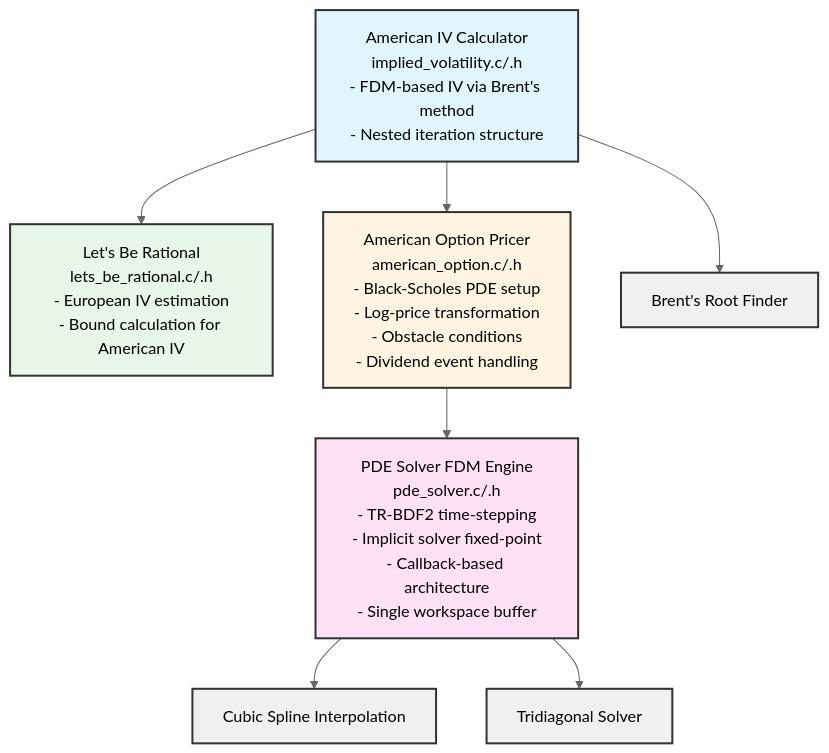
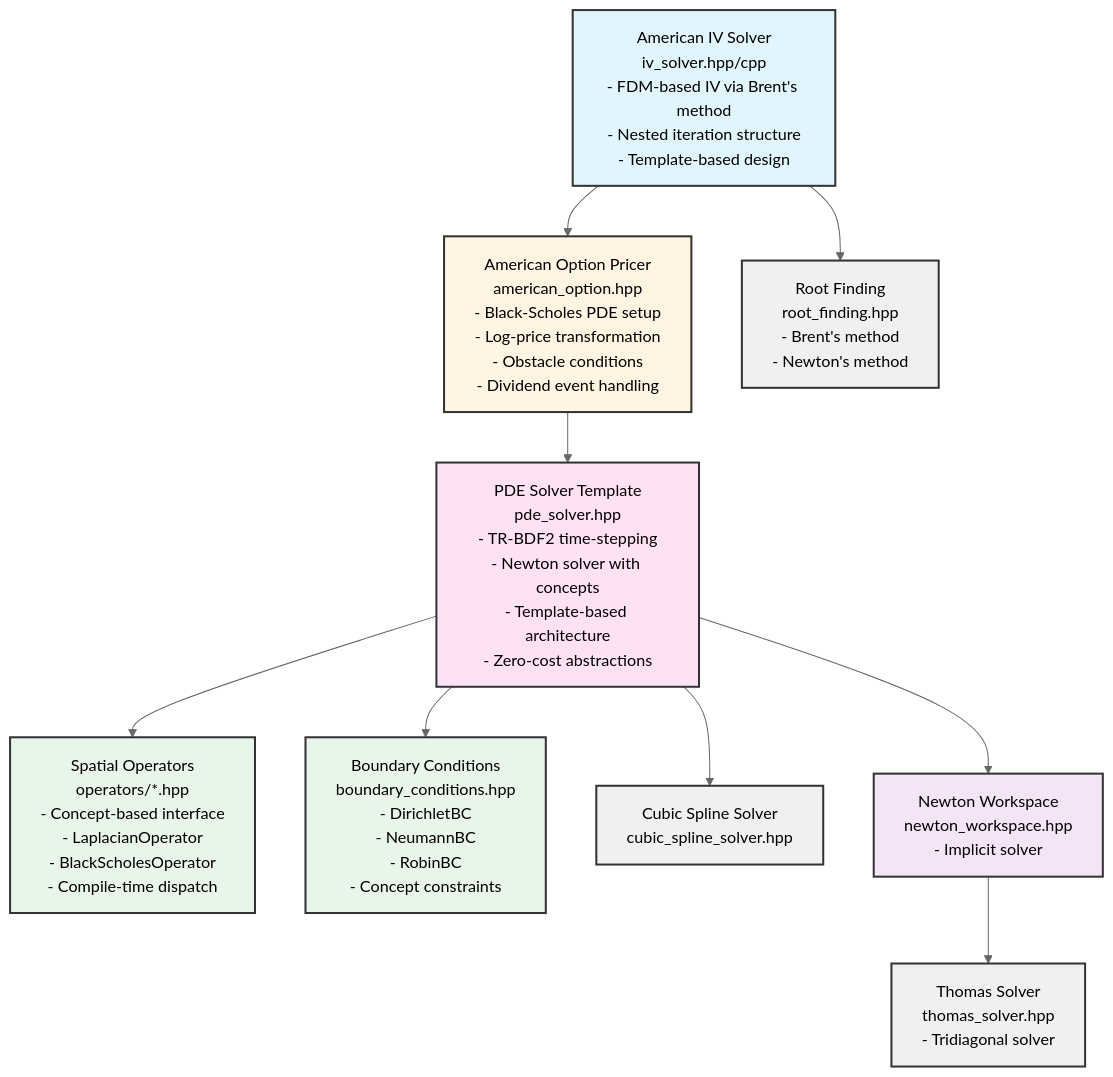
The first of 6 diagrams in docs/ARCHITECTURE.md (accelas/mango-option), drawn with Mermaid (neutral theme) before and after one commit. The commit also changed other lines of this file, not shown here.

First line of the commit message:
Update component diagrams for C++20 architecture

````diff
--- a/docs/ARCHITECTURE.md
+++ b/docs/ARCHITECTURE.md
@@ -21,29 +21,39 @@
 ```mermaid
 graph TD
-    IV[American IV Calculator<br/>implied_volatility.c/.h<br/>- FDM-based IV via Brent's method<br/>- Nested iteration structure]
+    IV[American IV Solver<br/>iv_solver.hpp/cpp<br/>- FDM-based IV via Brent's method<br/>- Nested iteration structure<br/>- Template-based design]
 
-    LBR[Let's Be Rational<br/>lets_be_rational.c/.h<br/>- European IV estimation<br/>- Bound calculation for American IV]
+    AO[American Option Pricer<br/>american_option.hpp<br/>- Black-Scholes PDE setup<br/>- Log-price transformation<br/>- Obstacle conditions<br/>- Dividend event handling]
 
-    AO[American Option Pricer<br/>american_option.c/.h<br/>- Black-Scholes PDE setup<br/>- Log-price transformation<br/>- Obstacle conditions<br/>- Dividend event handling]
+    PDE[PDE Solver Template<br/>pde_solver.hpp<br/>- TR-BDF2 time-stepping<br/>- Newton solver with concepts<br/>- Template-based architecture<br/>- Zero-cost abstractions]
 
-    PDE[PDE Solver FDM Engine<br/>pde_solver.c/.h<br/>- TR-BDF2 time-stepping<br/>- Implicit solver fixed-point<br/>- Callback-based architecture<br/>- Single workspace buffer]
+    OPS[Spatial Operators<br/>operators/*.hpp<br/>- Concept-based interface<br/>- LaplacianOperator<br/>- BlackScholesOperator<br/>- Compile-time dispatch]
 
-    BRENT[Brent's Root Finder]
-    SPLINE[Cubic Spline Interpolation]
-    TRI[Tridiagonal Solver]
+    BC[Boundary Conditions<br/>boundary_conditions.hpp<br/>- DirichletBC<br/>- NeumannBC<br/>- RobinBC<br/>- Concept constraints]
 
-    IV --> BRENT
-    IV --> LBR
+    ROOT[Root Finding<br/>root_finding.hpp<br/>- Brent's method<br/>- Newton's method]
+
+    SPLINE[Cubic Spline Solver<br/>cubic_spline_solver.hpp]
+
+    THOMAS[Thomas Solver<br/>thomas_solver.hpp<br/>- Tridiagonal solver]
+
+    NEWTON[Newton Workspace<br/>newton_workspace.hpp<br/>- Implicit solver]
+
+    IV --> ROOT
     IV --> AO
     AO --> PDE
+    PDE --> OPS
+    PDE --> BC
+    PDE --> NEWTON
     PDE --> SPLINE
-    PDE --> TRI
+    NEWTON --> THOMAS
 
     style IV fill:#e1f5ff,stroke:#333,stroke-width:2px,color:#000
-    style LBR fill:#e8f5e9,stroke:#333,stroke-width:2px,color:#000
     style AO fill:#fff4e1,stroke:#333,stroke-width:2px,color:#000
     style PDE fill:#ffe1f5,stroke:#333,stroke-width:2px,color:#000
-    style BRENT fill:#f0f0f0,stroke:#333,stroke-width:2px,color:#000
+    style OPS fill:#e8f5e9,stroke:#333,stroke-width:2px,color:#000
+    style BC fill:#e8f5e9,stroke:#333,stroke-width:2px,color:#000
+    style ROOT fill:#f0f0f0,stroke:#333,stroke-width:2px,color:#000
     style SPLINE fill:#f0f0f0,stroke:#333,stroke-width:2px,color:#000
-    style TRI fill:#f0f0f0,stroke:#333,stroke-width:2px,color:#000
+    style THOMAS fill:#f0f0f0,stroke:#333,stroke-width:2px,color:#000
+    style NEWTON fill:#f3e5f5,stroke:#333,stroke-width:2px,color:#000
 ```
````
